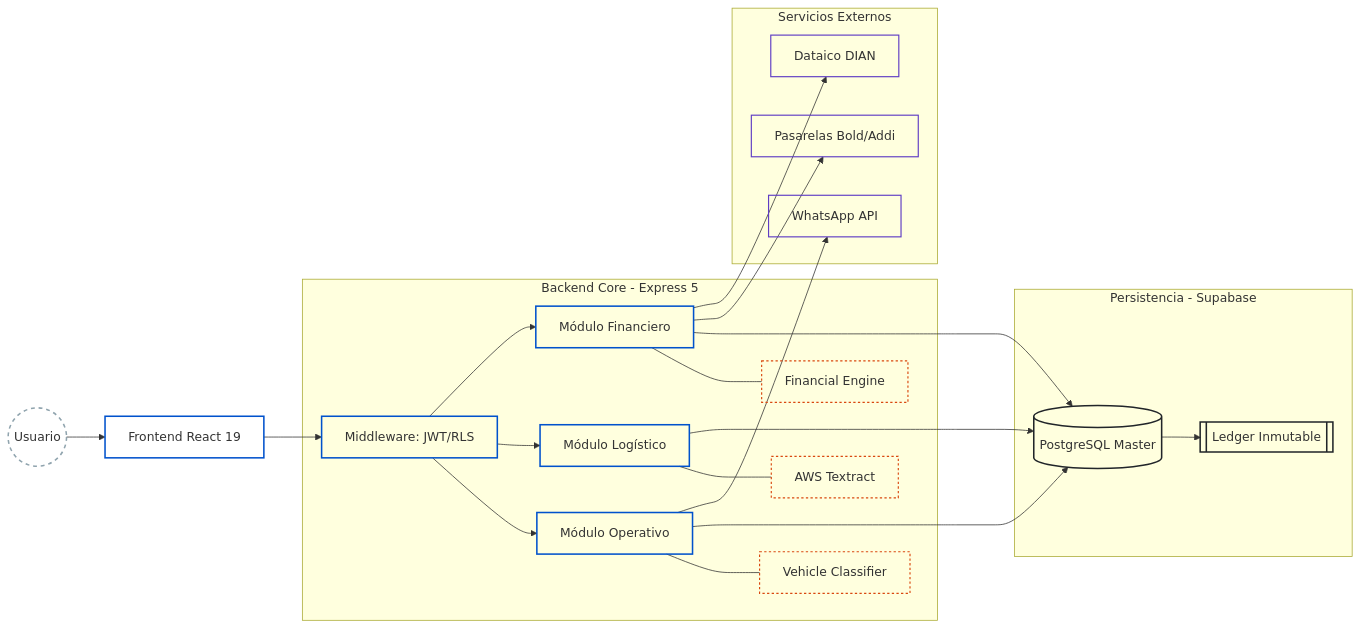
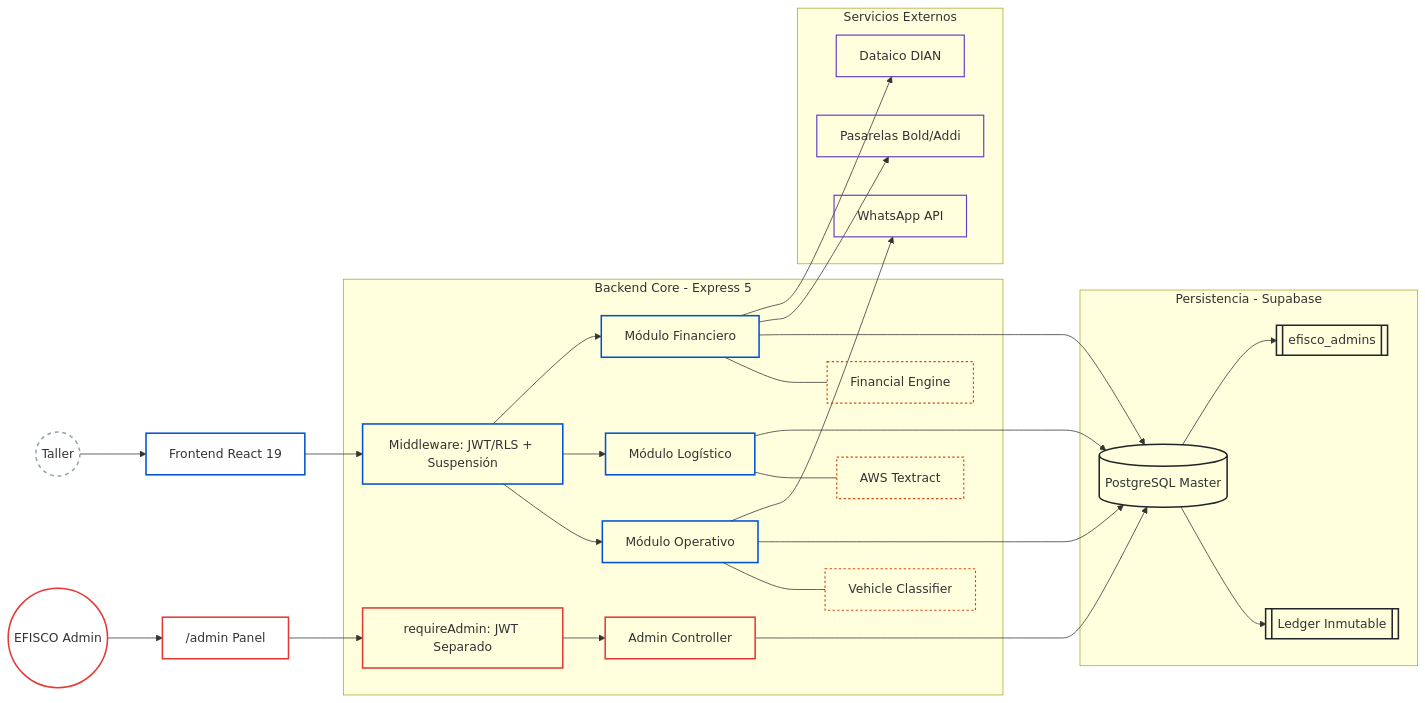
Before and after one commit to brandonjimenez21/efiscoArchitecture: the first of 4 diagrams in README.es.md, drawn with Mermaid. The commit also changed other lines of this file, not shown here.

````diff
--- a/README.es.md
+++ b/README.es.md
@@ -51,43 +53,51 @@
 ```mermaid
 graph LR
     classDef default stroke:#455a64,stroke-width:1px,fill:none;
     classDef highlight stroke:#0052cc,stroke-width:2px,fill:none;
     classDef engine stroke:#d9480f,stroke-width:1.5px,stroke-dasharray: 3 3,fill:none;
     classDef database stroke:#212529,stroke-width:2px,fill:none;
     classDef external stroke:#5f3dc4,stroke-width:1.5px,fill:none;
     classDef user stroke:#90a4ae,stroke-width:2px,stroke-dasharray: 5 5,fill:none;
- 
-    User((Usuario)) --> FE[Frontend React 19]
-    FE --> Auth[Middleware: JWT/RLS]
- 
+    classDef admin stroke:#e53935,stroke-width:2px,fill:none;
+
+    User((Taller)) --> FE[Frontend React 19]
+    Admin((EFISCO Admin)) --> AdminFE["/admin Panel"]
+    FE --> Auth[Middleware: JWT/RLS + Suspensión]
+    AdminFE --> AdminAuth[requireAdmin: JWT Separado]
+
     subgraph Core [Backend Core - Express 5]
         Auth --> Ops[Módulo Operativo]
         Auth --> Inv[Módulo Logístico]
         Auth --> Fin[Módulo Financiero]
- 
+        AdminAuth --> AdminCtrl[Admin Controller]
+
         Ops --- VClass[Vehicle Classifier]
         Inv --- OCR[AWS Textract]
         Fin --- FEng[Financial Engine]
     end
- 
+
     subgraph Data [Persistencia - Supabase]
         DB[(PostgreSQL Master)] --> Kardex[[Ledger Inmutable]]
+        DB --> Admins[[efisco_admins]]
     end
- 
+
     subgraph Externals [Servicios Externos]
         WA[WhatsApp API]
         Pay[Pasarelas Bold/Addi]
         DIAN[Dataico DIAN]
     end
- 
-    Ops & Inv & Fin ----> DB
+
+    Ops & Inv & Fin & AdminCtrl ----> DB
     Ops --> WA
     Fin --> Pay
     Fin --> DIAN
- 
+
     class User user;
+    class Admin admin;
     class FE,Auth,Ops,Inv,Fin highlight;
+    class AdminFE,AdminAuth,AdminCtrl admin;
     class VClass,OCR,FEng engine;
-    class DB,Kardex database;
+    class DB,Kardex,Admins database;
     class WA,Pay,DIAN external;
+    class Admin,AdminFE,AdminAuth,AdminCtrl admin;
 ```
````
